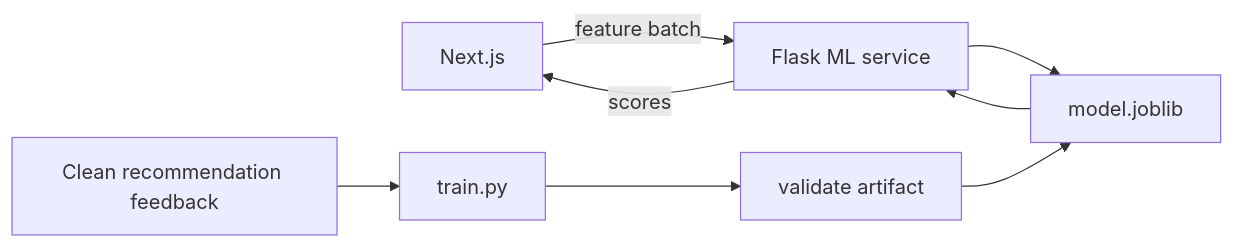
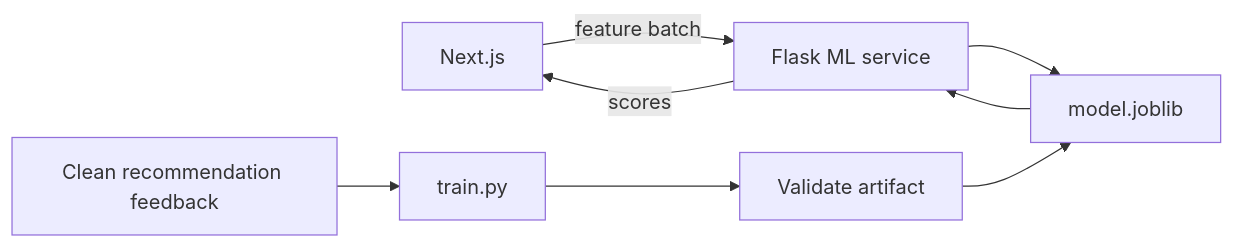
The second of 4 diagrams in README.md (Kaniska1/memento), drawn with Mermaid before and after one commit. The commit also changed other lines of this file, not shown here.

````diff
--- a/README.md
+++ b/README.md
@@ -120,11 +130,11 @@
 ```mermaid
 flowchart LR
     NX[Next.js] -->|feature batch| FLASK[Flask ML service]
     FLASK --> MODEL[model.joblib]
     MODEL --> FLASK
     FLASK -->|scores| NX
 
     DATA[Clean recommendation feedback] --> TRAIN[train.py]
-    TRAIN --> VALIDATE[validate artifact]
+    TRAIN --> VALIDATE[Validate artifact]
     VALIDATE --> MODEL
 ```
````
